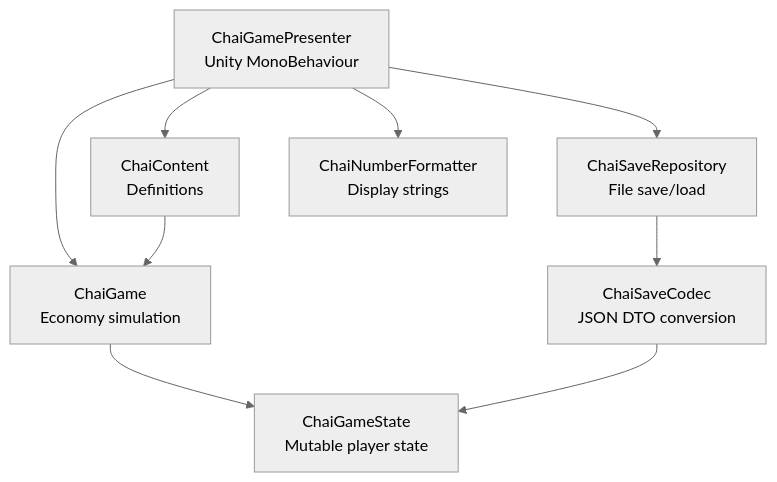
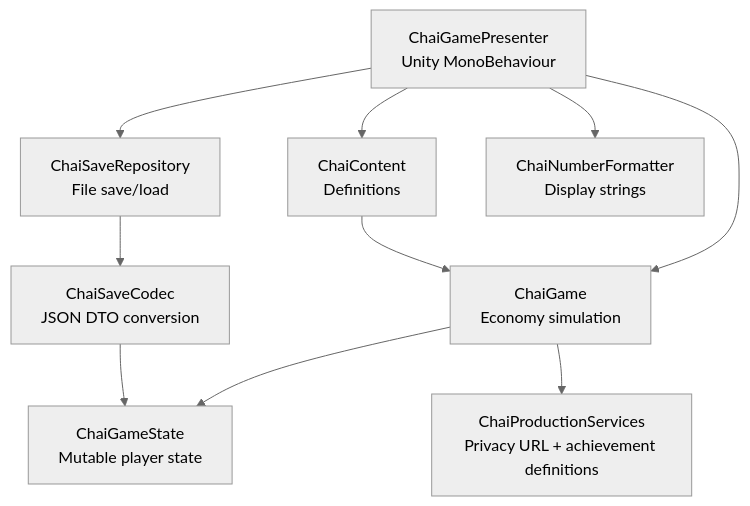
Before and after one commit to Dev0910/ChaiEmpire: the first of 3 diagrams in ChaiEmpire_AllInOne/ChaiEmpireUnity/docs/05-SYSTEM-DESIGN.md, drawn with Mermaid (neutral theme). The commit also changed other lines of this file and 60 other files, not shown here.

Commit message:
Add production readiness services

````diff
--- a/ChaiEmpire_AllInOne/ChaiEmpireUnity/docs/05-SYSTEM-DESIGN.md
+++ b/ChaiEmpire_AllInOne/ChaiEmpireUnity/docs/05-SYSTEM-DESIGN.md
@@ -7,11 +7,12 @@
 ```mermaid
 flowchart TD
     Presenter["ChaiGamePresenter\nUnity MonoBehaviour"] --> Content["ChaiContent\nDefinitions"]
     Presenter --> Game["ChaiGame\nEconomy simulation"]
     Presenter --> SaveRepo["ChaiSaveRepository\nFile save/load"]
     SaveRepo --> Codec["ChaiSaveCodec\nJSON DTO conversion"]
     Game --> State["ChaiGameState\nMutable player state"]
     Content --> Game
     Codec --> State
     Presenter --> Formatter["ChaiNumberFormatter\nDisplay strings"]
+    Game --> Production["ChaiProductionServices\nPrivacy URL + achievement definitions"]
 ```
````
